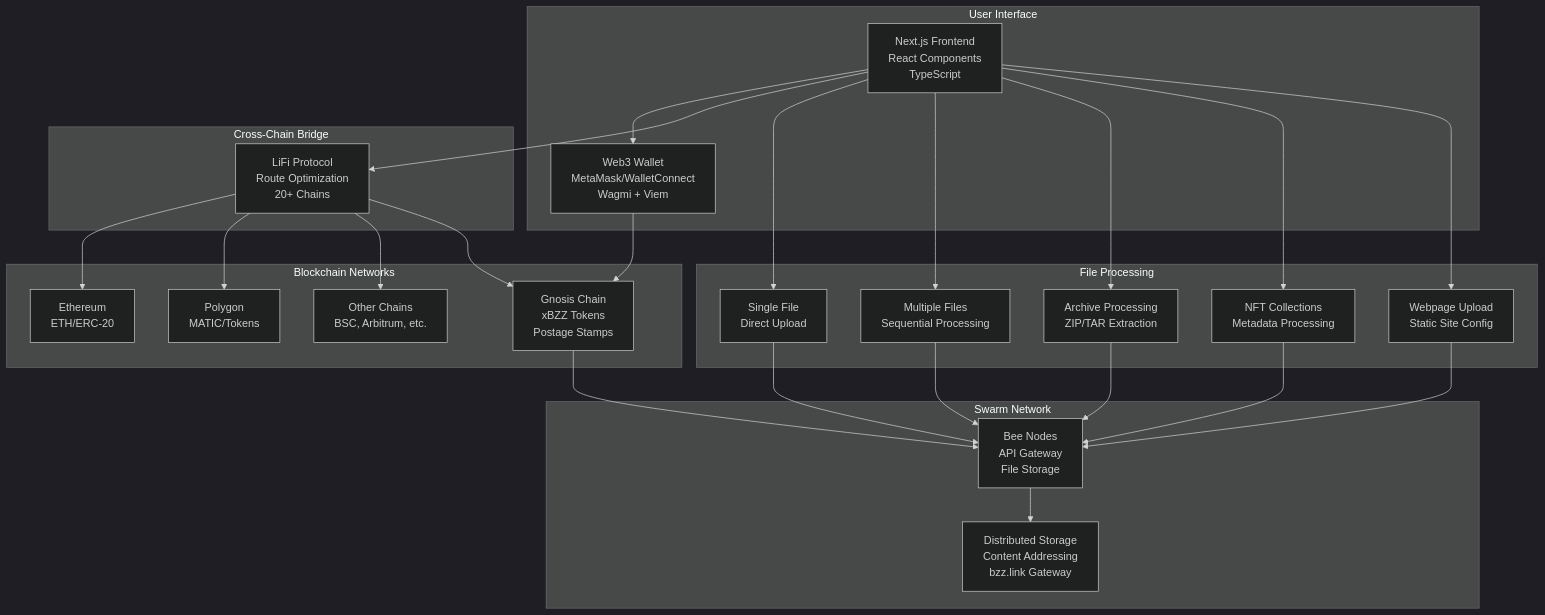
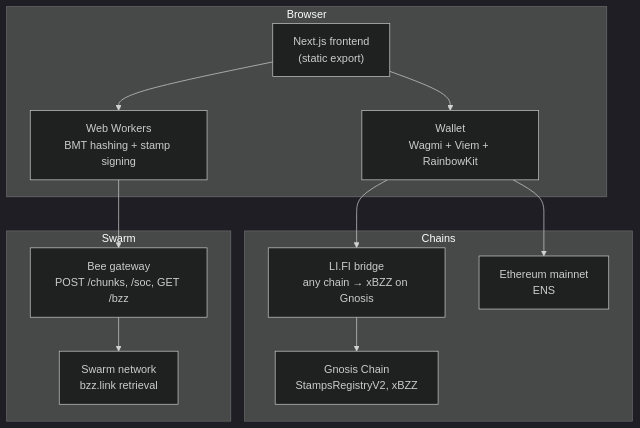
One commit to ethersphere/beeport changed the diagram in docs/architecture.md. Above: the diagram before and after it, drawn with Mermaid (dark theme). The commit also changed other lines of this file and 7 other files, not shown here.

````diff
--- a/docs/architecture.md
+++ b/docs/architecture.md
@@ -13,54 +9,25 @@
 ```mermaid
 graph TB
-    subgraph "User Interface"
-        UI["Next.js Frontend<br/>React Components<br/>TypeScript"]
-        Wallet["Web3 Wallet<br/>MetaMask/WalletConnect<br/>Wagmi + Viem"]
+    subgraph "Browser"
+        UI["Next.js frontend<br/>(static export)"]
+        Wallet["Wallet<br/>Wagmi + Viem + RainbowKit"]
+        Workers["Web Workers<br/>BMT hashing + stamp signing"]
     end
 
-    subgraph "Cross-Chain Bridge"
-        LiFi["LiFi Protocol<br/>Route Optimization<br/>20+ Chains"]
+    subgraph "Chains"
+        LiFi["LI.FI bridge<br/>any chain → xBZZ on Gnosis"]
+        Gnosis["Gnosis Chain<br/>StampsRegistryV2, xBZZ"]
+        Mainnet["Ethereum mainnet<br/>ENS"]
     end
 
-    subgraph "Blockchain Networks"
-        Gnosis["Gnosis Chain<br/>xBZZ Tokens<br/>Postage Stamps"]
-        Ethereum["Ethereum<br/>ETH/ERC-20"]
-        Polygon["Polygon<br/>MATIC/Tokens"]
-        Other["Other Chains<br/>BSC, Arbitrum, etc."]
-    end
-
-    subgraph "Swarm Network"
-        Bee["Bee Nodes<br/>API Gateway<br/>File Storage"]
-        Storage["Distributed Storage<br/>Content Addressing<br/>bzz.link Gateway"]
-    end
-
-    subgraph "File Processing"
-        Single["Single File<br/>Direct Upload"]
-        Multi["Multiple Files<br/>Sequential Processing"]
-        Archive["Archive Processing<br/>ZIP/TAR Extraction"]
-        NFT["NFT Collections<br/>Metadata Processing"]
-        Web["Webpage Upload<br/>Static Site Config"]
+    subgraph "Swarm"
+        Bee["Bee gateway<br/>POST /chunks, /soc, GET /bzz"]
+        Net["Swarm network<br/>bzz.link retrieval"]
     end
 
     UI --> Wallet
-    UI --> LiFi
-    UI --> Single
-    UI --> Multi
-    UI --> Archive
-    UI --> NFT
-    UI --> Web
-
-    Wallet --> Gnosis
-    LiFi --> Ethereum
-    LiFi --> Polygon
-    LiFi --> Other
-    LiFi --> Gnosis
-
-    Gnosis --> Bee
-    Single --> Bee
-    Multi --> Bee
-    Archive --> Bee
-    NFT --> Bee
-    Web --> Bee
-
-    Bee --> Storage
+    UI --> Workers
+    Wallet --> LiFi --> Gnosis
+    Wallet --> Mainnet
+    Workers --> Bee --> Net
 ```
````
